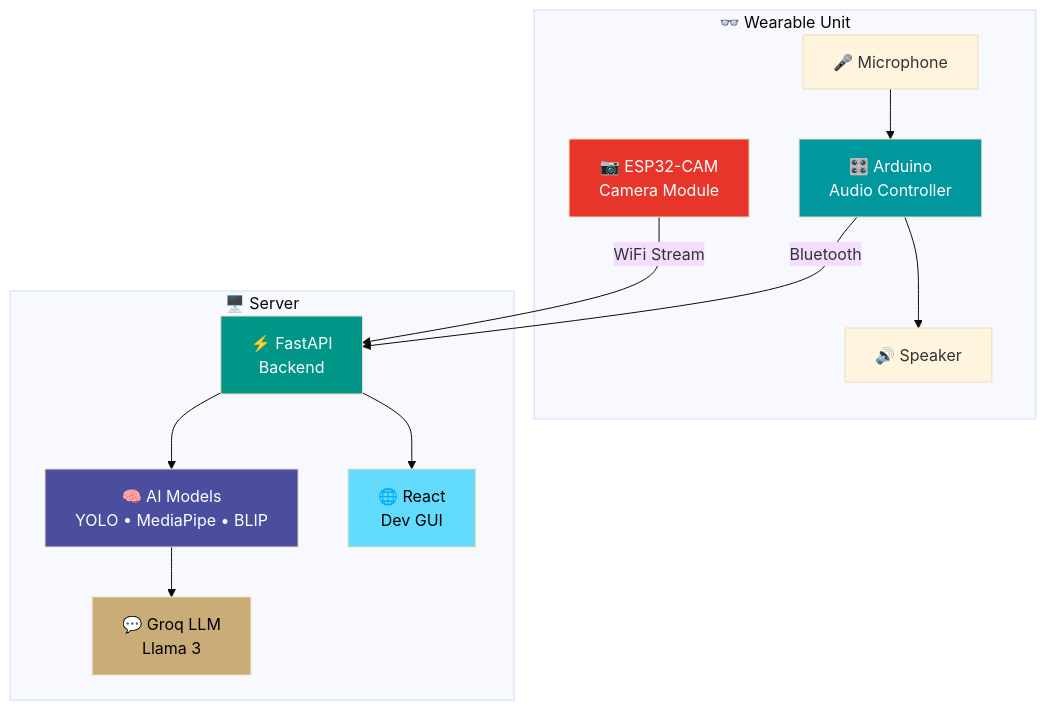
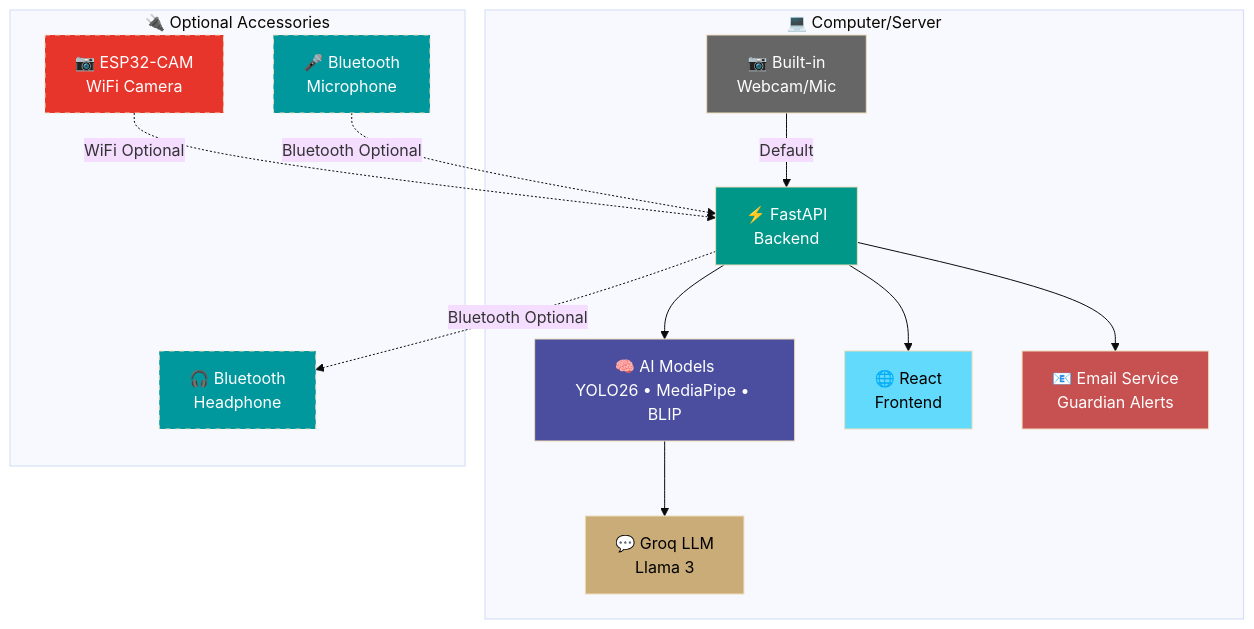
One commit to rajin-khan/AIris changed the first of 3 diagrams in README.md. Above: the diagram before and after it, drawn with Mermaid (base theme). The commit also changed other lines of this file and 9 other files, not shown here.

````diff
--- a/README.md
+++ b/README.md
@@ -75,31 +75,36 @@
 ```mermaid
 graph TB
-    subgraph "👓 Wearable Unit"
-        A[📷 ESP32-CAM<br/>Camera Module]
-        B[🎤 Microphone]
-        C[🔊 Speaker]
-        D[🎛️ Arduino<br/>Audio Controller]
+    subgraph "💻 Computer/Server"
+        E[⚡ FastAPI<br/>Backend]
+        F[🧠 AI Models<br/>YOLO26 • MediaPipe • BLIP]
+        G[💬 Groq LLM<br/>Llama 3]
+        H[🌐 React<br/>Frontend]
+        I[📧 Email Service<br/>Guardian Alerts]
+        J[📷 Built-in<br/>Webcam/Mic]
     end
     
-    subgraph "🖥️ Server"
-        E[⚡ FastAPI<br/>Backend]
-        F[🧠 AI Models<br/>YOLO • MediaPipe • BLIP]
-        G[💬 Groq LLM<br/>Llama 3]
-        H[🌐 React<br/>Dev GUI]
+    subgraph "🔌 Optional Accessories"
+        A[📷 ESP32-CAM<br/>WiFi Camera]
+        B[🎤 Bluetooth<br/>Microphone]
+        C[🎧 Bluetooth<br/>Headphone]
     end
     
-    A -->|WiFi Stream| E
-    D -->|Bluetooth| E
-    B --> D
-    D --> C
+    A -.->|WiFi Optional| E
+    B -.->|Bluetooth Optional| E
+    E -.->|Bluetooth Optional| C
+    J -->|Default| E
     E --> F
     F --> G
     E --> H
+    E --> I
     
-    style A fill:#E7352C,color:#fff
-    style D fill:#00979D,color:#fff
     style E fill:#009688,color:#fff
     style F fill:#4B4E9E,color:#fff
     style G fill:#C9AC78,color:#000
     style H fill:#61DAFB,color:#000
+    style I fill:#C75050,color:#fff
+    style J fill:#666,color:#fff
+    style A fill:#E7352C,color:#fff,stroke-dasharray: 5 5
+    style B fill:#00979D,color:#fff,stroke-dasharray: 5 5
+    style C fill:#00979D,color:#fff,stroke-dasharray: 5 5
 ```
````
